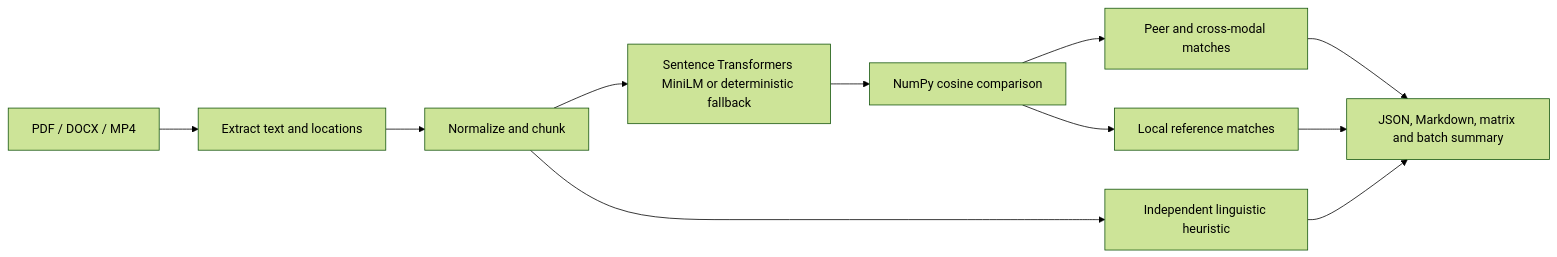
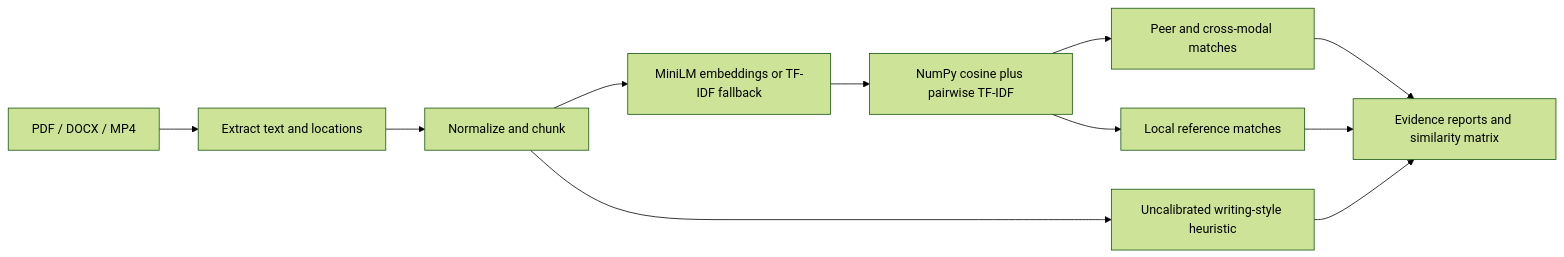
Before and after one commit to Kevinsynet/academic-integrity-detection: the diagram in README.md, drawn with Mermaid (forest theme). The commit also changed other lines of this file and 26 other files, not shown here.

````diff
--- a/README.md
+++ b/README.md
@@ -11,13 +7,13 @@
 ```mermaid
 flowchart LR
-  A[PDF / DOCX / MP4] --> B[Extract text and locations]
-  B --> C[Normalize and chunk]
-  C --> D[Sentence Transformers MiniLM or deterministic fallback]
-  D --> E[NumPy cosine comparison]
-  E --> F[Peer and cross-modal matches]
-  E --> G[Local reference matches]
-  C --> H[Independent linguistic heuristic]
-  F --> I[JSON, Markdown, matrix and batch summary]
-  G --> I
-  H --> I
+  files["PDF / DOCX / MP4"] --> extract["Extract text and locations"]
+  extract --> normalize["Normalize and chunk"]
+  normalize --> embed["MiniLM embeddings or TF-IDF fallback"]
+  embed --> compare["NumPy cosine plus pairwise TF-IDF"]
+  compare --> peers["Peer and cross-modal matches"]
+  compare --> references["Local reference matches"]
+  normalize --> ai["Uncalibrated writing-style heuristic"]
+  peers --> reports["Evidence reports and similarity matrix"]
+  references --> reports
+  ai --> reports
 ```
````
